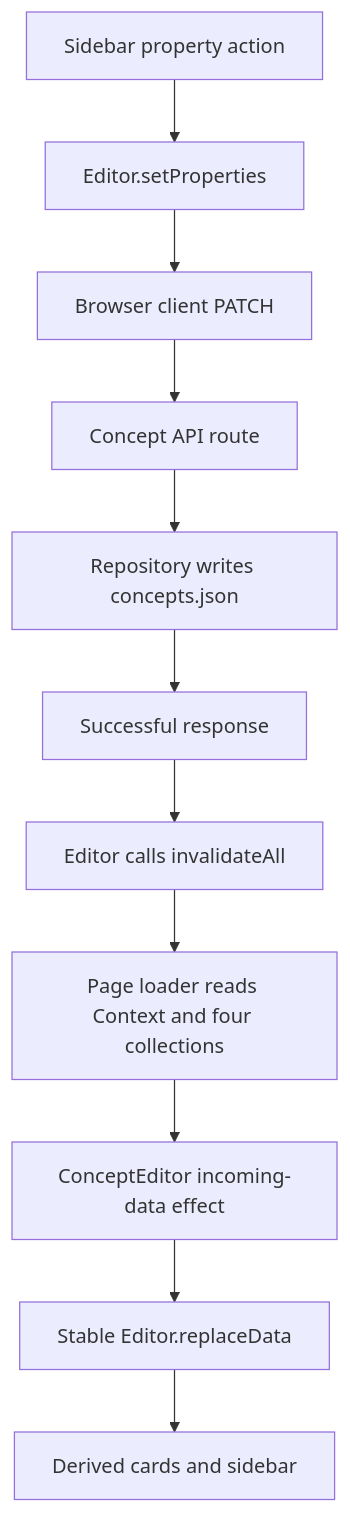
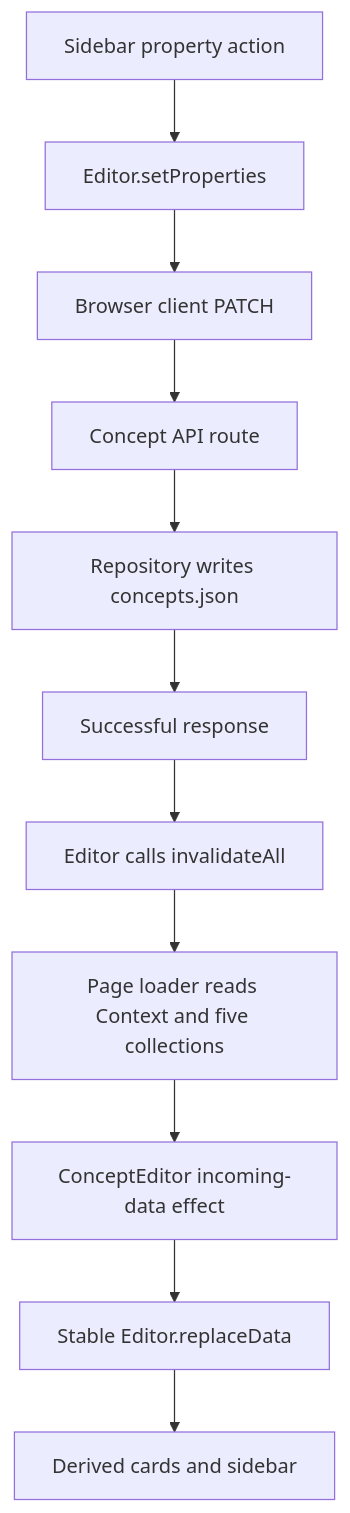
One commit to sp0ck1/concept-editor changed the diagram in docs/tutorial/12-http-and-persistence.md. Above: the diagram before and after it, drawn with Mermaid. The commit also changed other lines of this file and 71 other files, not shown here.

````diff
--- a/docs/tutorial/12-http-and-persistence.md
+++ b/docs/tutorial/12-http-and-persistence.md
@@ -42,13 +42,13 @@
 ```mermaid
 flowchart TD
     A[Sidebar property action] --> B[Editor.setProperties]
     B --> C[Browser client PATCH]
     C --> D[Concept API route]
     D --> E[Repository writes concepts.json]
     E --> F[Successful response]
     F --> G[Editor calls invalidateAll]
-    G --> H[Page loader reads Context and four collections]
+    G --> H[Page loader reads Context and five collections]
     H --> I[ConceptEditor incoming-data effect]
     I --> J[Stable Editor.replaceData]
     J --> K[Derived cards and sidebar]
 ```
````
